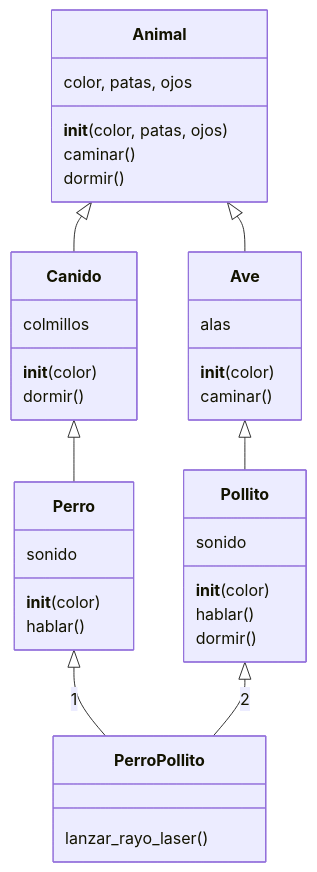
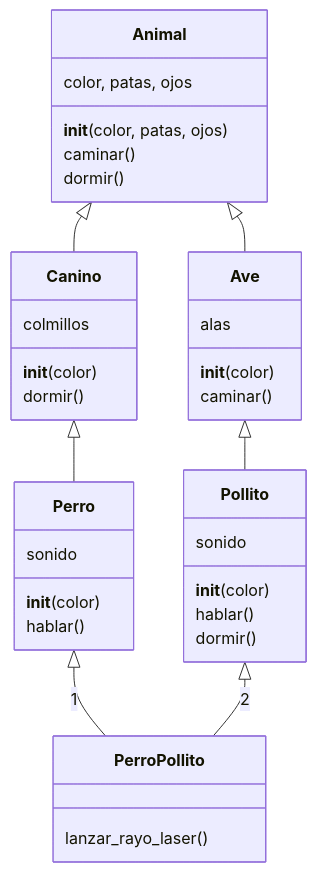
The diagram in Modulo 02/M02S03_herencia_encapsulamiento/Practicas/02_herencia/DIAGRAMAS_5.md (tareas-desarrollo-web-django/curso-python-django-estudiantes), drawn with Mermaid before and after one commit. The commit also changed 2 other files, not shown here.

Commit message:
Mejoras M02-S03

````diff
--- a/Modulo 02/M02S03_herencia_encapsulamiento/Practicas/02_herencia/DIAGRAMAS_5.md
+++ b/Modulo 02/M02S03_herencia_encapsulamiento/Practicas/02_herencia/DIAGRAMAS_5.md
@@ -4,39 +4,39 @@
 ```mermaid
 classDiagram
     class Animal{
         color, patas, ojos
         __init__(color, patas, ojos)
         caminar()
         dormir()
     }
-    class Canido{
+    class Canino{
         colmillos
         __init__(color)
         dormir()
     }
     class Perro{
         sonido
         __init__(color)
         hablar()
     }
     class Ave{
         alas
         __init__(color)
         caminar()
     }
     class Pollito{
         sonido
         __init__(color)
         hablar()
         dormir()
     }
     class PerroPollito{
         lanzar_rayo_laser()
     }
-    Animal <|-- Canido
-    Canido <|-- Perro
+    Animal <|-- Canino
+    Canino <|-- Perro
     Animal <|-- Ave
     Ave <|-- Pollito
     Perro <|-- PerroPollito: 1
     Pollito <|-- PerroPollito: 2
 ```
````
